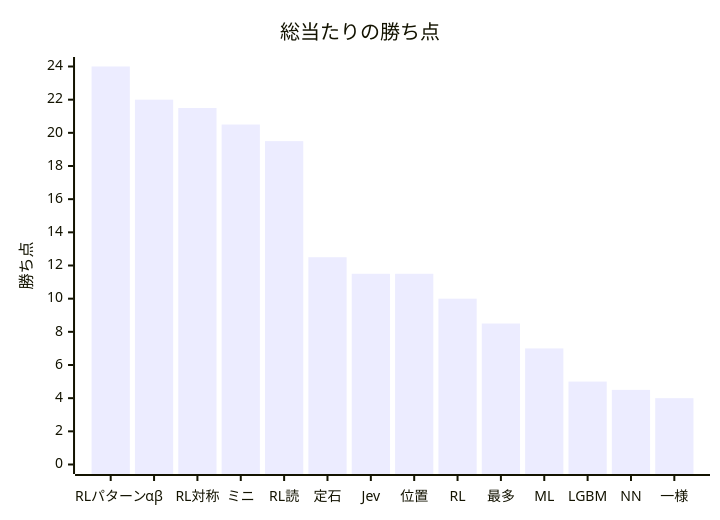
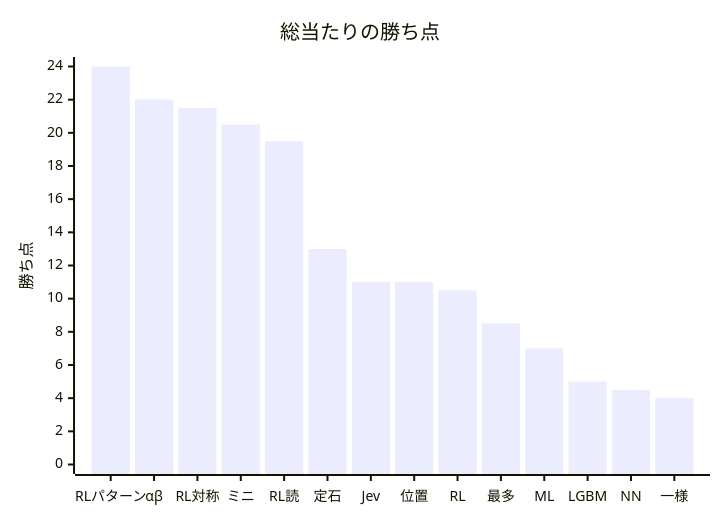
The diagram in docs/benchmarks/round-robin.md (gnkm/reversi-ai), drawn with Mermaid before and after one commit. The commit also changed other lines of this file and 3 other files, not shown here.

````diff
--- a/docs/benchmarks/round-robin.md
+++ b/docs/benchmarks/round-robin.md
@@ -39,7 +40,7 @@
 ```mermaid
 xychart-beta
     title "総当たりの勝ち点"
     x-axis ["RLパターン", "αβ", "RL対称", "ミニ", "RL読", "定石", "Jev", "位置", "RL", "最多", "ML", "LGBM", "NN", "一様"]
     y-axis "勝ち点" 0 --> 24
-    bar [24, 22, 21.5, 20.5, 19.5, 12.5, 11.5, 11.5, 10, 8.5, 7, 5, 4.5, 4]
+    bar [24, 22, 21.5, 20.5, 19.5, 13, 11, 11, 10.5, 8.5, 7, 5, 4.5, 4]
 ```
````
